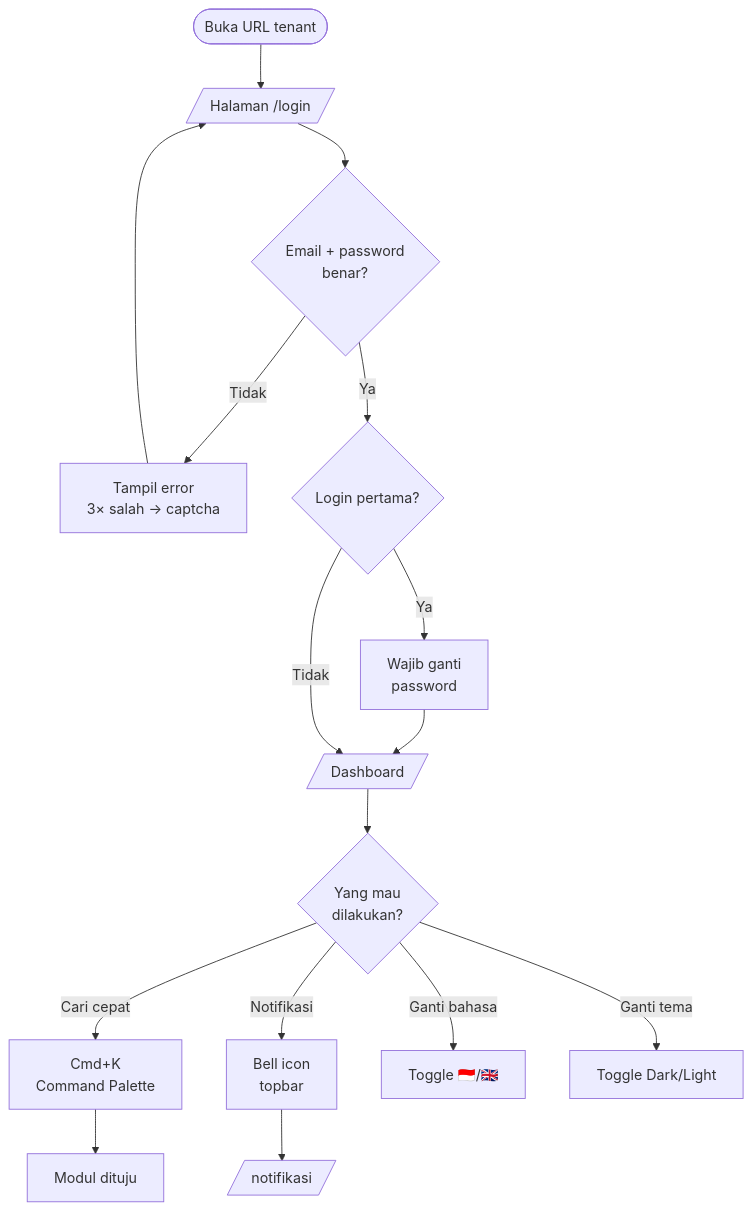
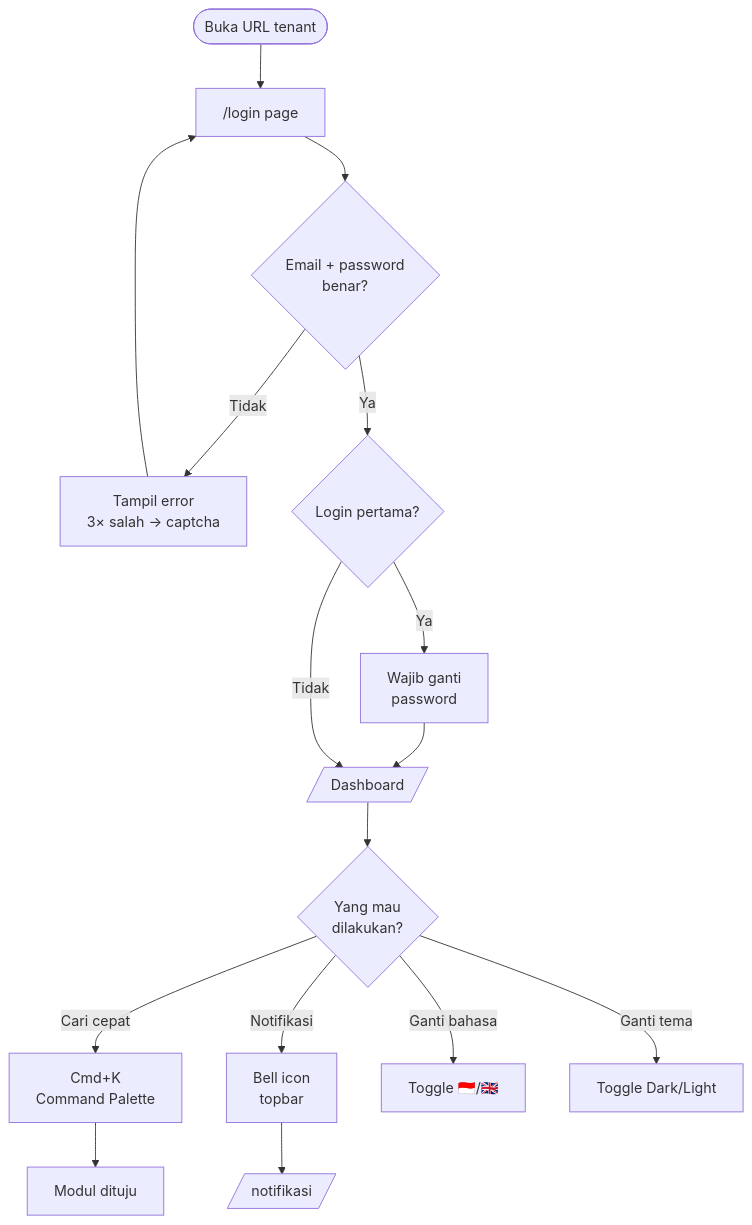
One commit to bionte4/controldesk changed the first of 28 diagrams in docs/training/user-guide-workflows.md. Above: the diagram before and after it, drawn with Mermaid. The commit also changed other lines of this file, not shown here.

First line of the commit message:
fix(docs/training): resolve Mermaid parse errors in workflow diagrams

````diff
--- a/docs/training/user-guide-workflows.md
+++ b/docs/training/user-guide-workflows.md
@@ -85,18 +85,18 @@
 ```mermaid
 flowchart TD
-    Start([Buka URL tenant]) --> Login[/Halaman /login/]
+    Start([Buka URL tenant]) --> Login["/login page"]
     Login --> Auth{Email + password<br/>benar?}
     Auth -- Tidak --> Retry[Tampil error<br/>3× salah → captcha]
     Retry --> Login
     Auth -- Ya --> First{Login pertama?}
     First -- Ya --> Change[Wajib ganti<br/>password]
     Change --> Dashboard
     First -- Tidak --> Dashboard[/Dashboard/]
     Dashboard --> Explore{Yang mau<br/>dilakukan?}
     Explore -- Cari cepat --> CmdK[Cmd+K<br/>Command Palette]
     Explore -- Notifikasi --> Bell[Bell icon<br/>topbar]
     Explore -- Ganti bahasa --> Lang[Toggle 🇮🇩/🇬🇧]
     Explore -- Ganti tema --> Theme[Toggle Dark/Light]
     CmdK --> Module[Modul dituju]
     Bell --> Inbox[/notifikasi/]
 ```
````
